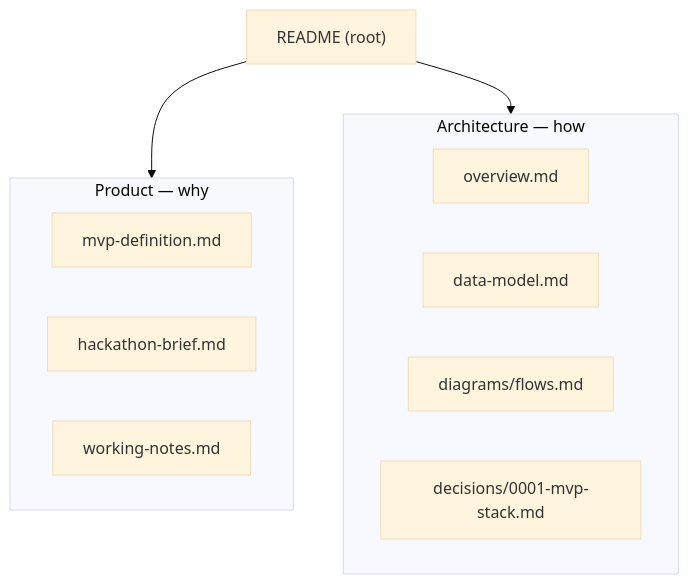
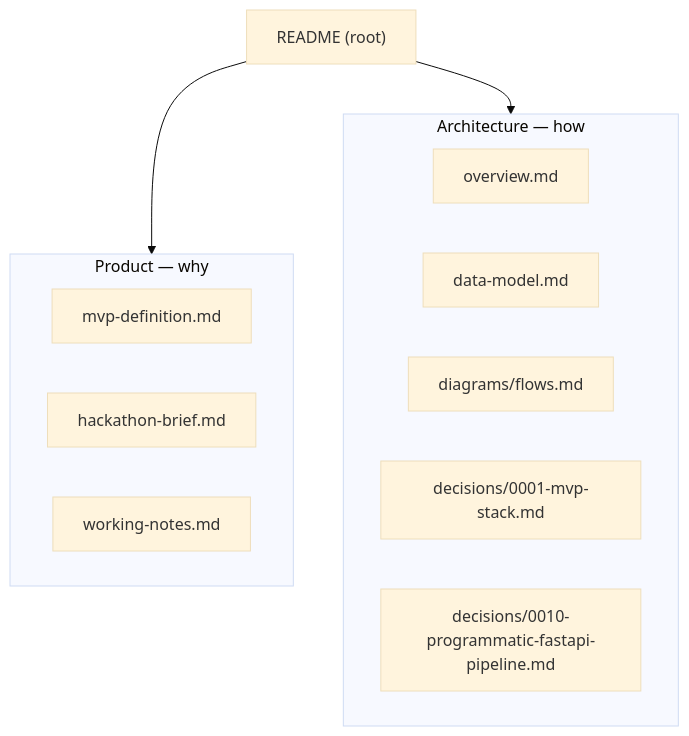
The diagram in docs/README.md (MateoBarbato/auto-mode-on), drawn with Mermaid (base theme) before and after one commit. The commit also changed other lines of this file and 7 other files, not shown here.

First line of the commit message:
docs: pivot architecture to programmatic FastAPI pipeline (n8n scheduler-only)

````diff
--- a/docs/README.md
+++ b/docs/README.md
@@ -11,16 +11,17 @@
 ```mermaid
 flowchart TD
   R["README (root)"] --> P
   R --> A
   subgraph P[Product — why]
     P1["mvp-definition.md"]
     P2["hackathon-brief.md"]
     P3["working-notes.md"]
   end
   subgraph A[Architecture — how]
     A1["overview.md"]
     A2["data-model.md"]
     A3["diagrams/flows.md"]
     A4["decisions/0001-mvp-stack.md"]
+    A5["decisions/0010-programmatic-fastapi-pipeline.md"]
   end
 ```
````
